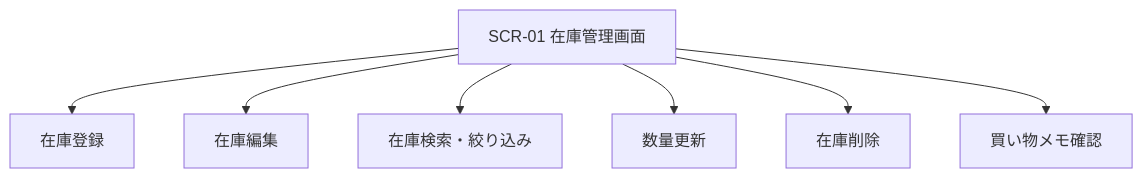
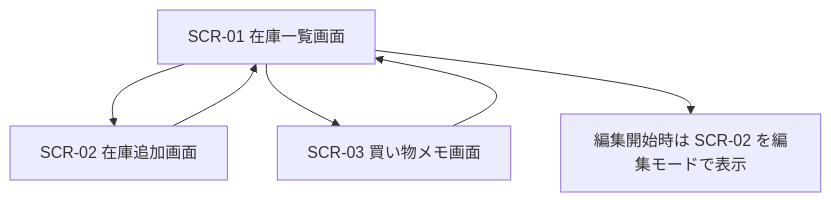
One commit to n-satoshi061/Codex changed the diagram in docs/external-design.md. Above: the diagram before and after it, drawn with Mermaid. The commit also changed other lines of this file and 2 other files, not shown here.

````diff
--- a/docs/external-design.md
+++ b/docs/external-design.md
@@ -255,9 +312,8 @@
 ```mermaid
 flowchart TD
-    A["SCR-01 在庫管理画面"] --> B["在庫登録"]
-    A --> C["在庫編集"]
-    A --> D["在庫検索・絞り込み"]
-    A --> E["数量更新"]
-    A --> F["在庫削除"]
-    A --> G["買い物メモ確認"]
+    A["SCR-01 在庫一覧画面"] --> B["SCR-02 在庫追加画面"]
+    A --> C["SCR-03 買い物メモ画面"]
+    B --> A
+    C --> A
+    A --> D["編集開始時は SCR-02 を編集モードで表示"]
 ```
````
